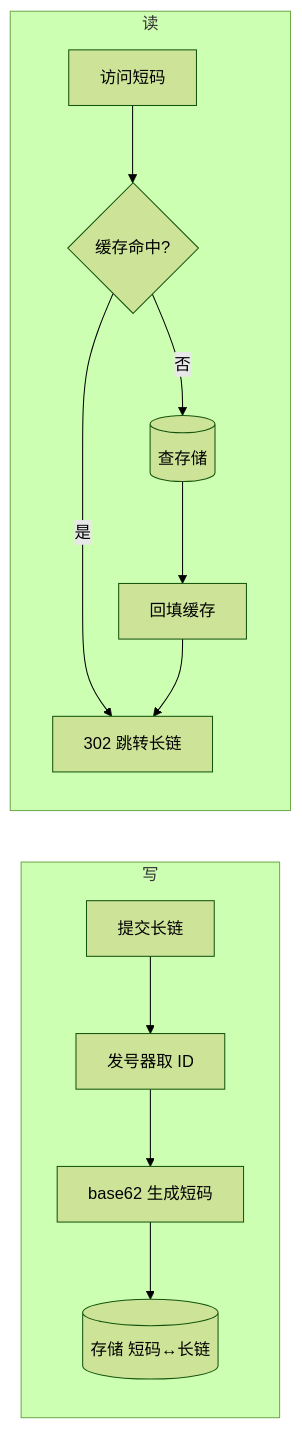
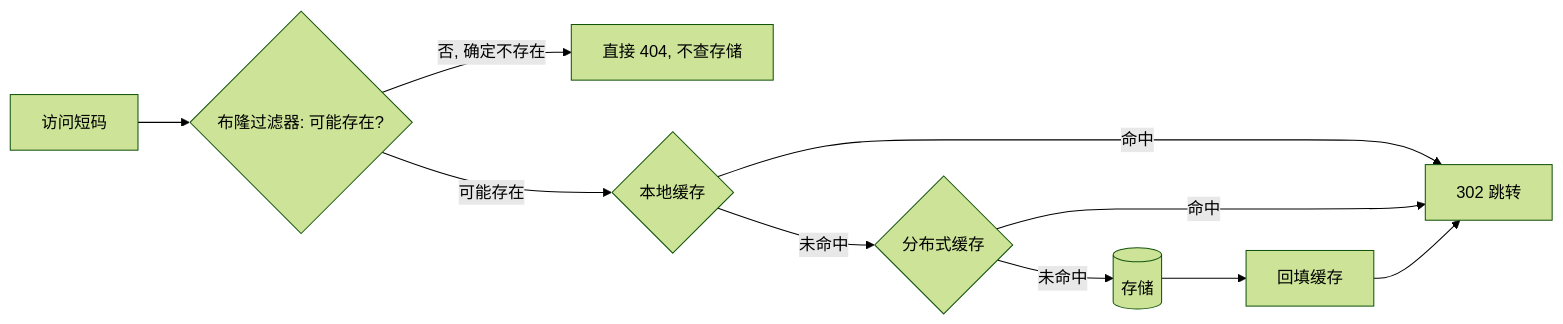
Before and after one commit to zhangqian-silk/computer-science: the first of 2 diagrams in system_design/components/short_link/short_link.md, drawn with Mermaid (forest theme). The commit also changed other lines of this file and 34 other files, not shown here.

````diff
--- a/system_design/components/short_link/short_link.md
+++ b/system_design/components/short_link/short_link.md
@@ -35,11 +76,10 @@
 ```mermaid
 flowchart LR
-	subgraph 写
-		A[提交长链] --> B[发号器取 ID] --> C[base62 生成短码] --> D[(存储 短码↔长链)]
-	end
-	subgraph 读
-		E[访问短码] --> F{缓存命中?}
-		F -->|是| G[302 跳转长链]
-		F -->|否| H[(查存储)] --> I[回填缓存] --> G
-	end
+	E[访问短码] --> BF{布隆过滤器: 可能存在?}
+	BF -->|否, 确定不存在| R404[直接 404, 不查存储]
+	BF -->|可能存在| L1{本地缓存}
+	L1 -->|命中| J[302 跳转]
+	L1 -->|未命中| L2{分布式缓存}
+	L2 -->|命中| J
+	L2 -->|未命中| DB[(存储)] --> FILL[回填缓存] --> J
 ```
````
